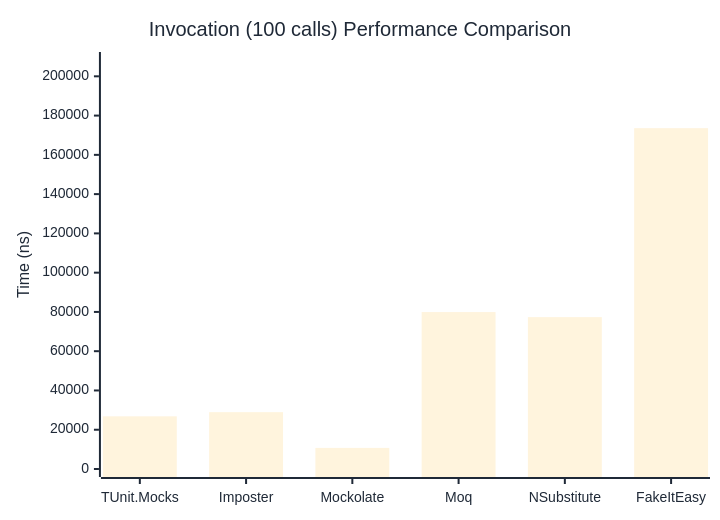
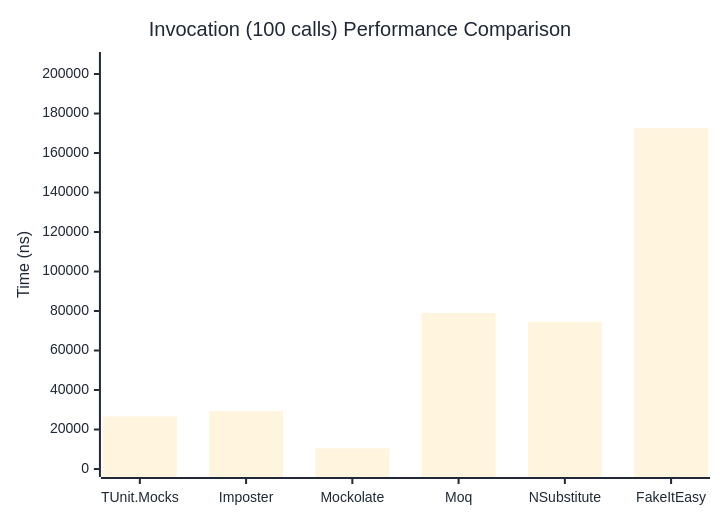
One commit to thomhurst/TUnit changed the third of 3 diagrams in docs/docs/benchmarks/mocks/Invocation.md. Above: the diagram before and after it, drawn with Mermaid. The commit also changed other lines of this file and 14 other files, not shown here.

````diff
--- a/docs/docs/benchmarks/mocks/Invocation.md
+++ b/docs/docs/benchmarks/mocks/Invocation.md
@@ -112,27 +112,27 @@
 ```mermaid
 %%{init: {
   'theme':'base',
   'themeVariables': {
     'primaryColor': '#2563eb',
     'primaryTextColor': '#1f2937',
     'primaryBorderColor': '#1e40af',
     'lineColor': '#6b7280',
     'secondaryColor': '#7c3aed',
     'tertiaryColor': '#dc2626',
     'background': '#ffffff',
     'pie1': '#2563eb',
     'pie2': '#7c3aed',
     'pie3': '#dc2626',
     'pie4': '#f59e0b',
     'pie5': '#10b981',
     'pie6': '#06b6d4',
     'pie7': '#ec4899',
     'pie8': '#6366f1'
   }
 }}%%
 xychart-beta
   title "Invocation (100 calls) Performance Comparison"
   x-axis ["TUnit.Mocks", "Imposter", "Mockolate", "Moq", "NSubstitute", "FakeItEasy"]
-  y-axis "Time (ns)" 0 --> 208310
-  bar [26828.9, 28943.3, 10737.2, 79928.9, 77348.3, 173590.9]
+  y-axis "Time (ns)" 0 --> 207104
+  bar [26596.33, 29291, 10461.78, 78987.21, 74536.91, 172585.91]
 ```
````
